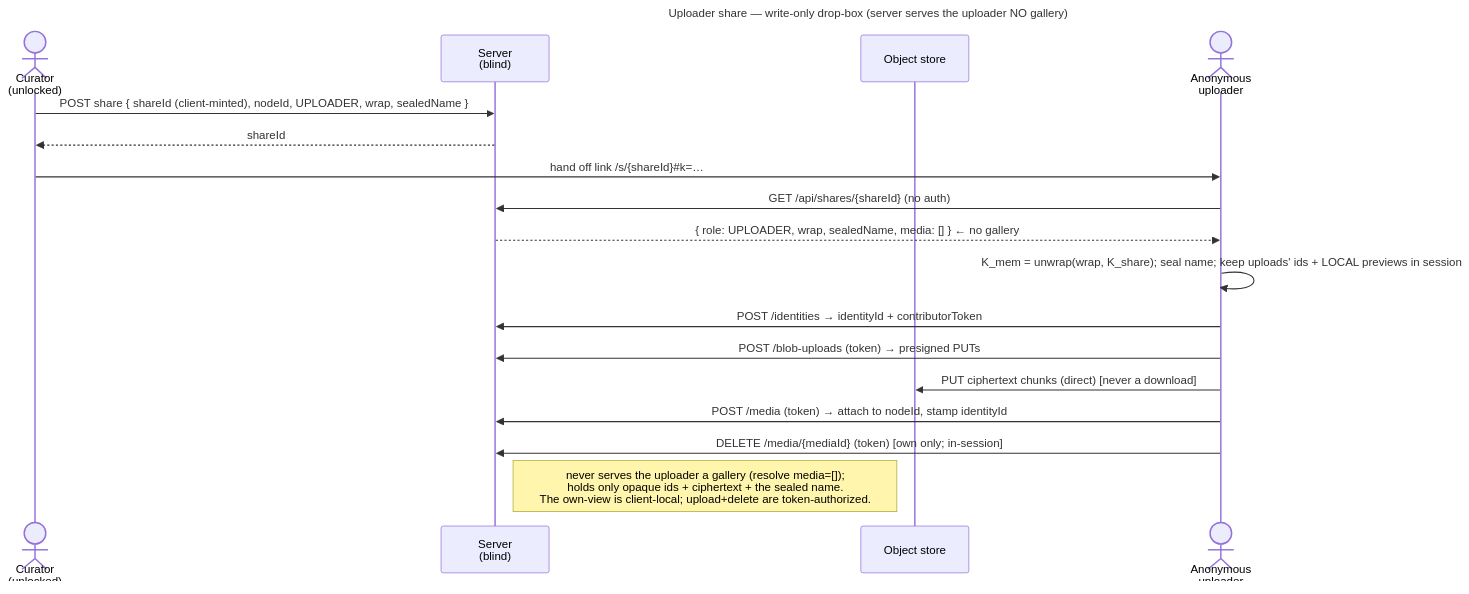
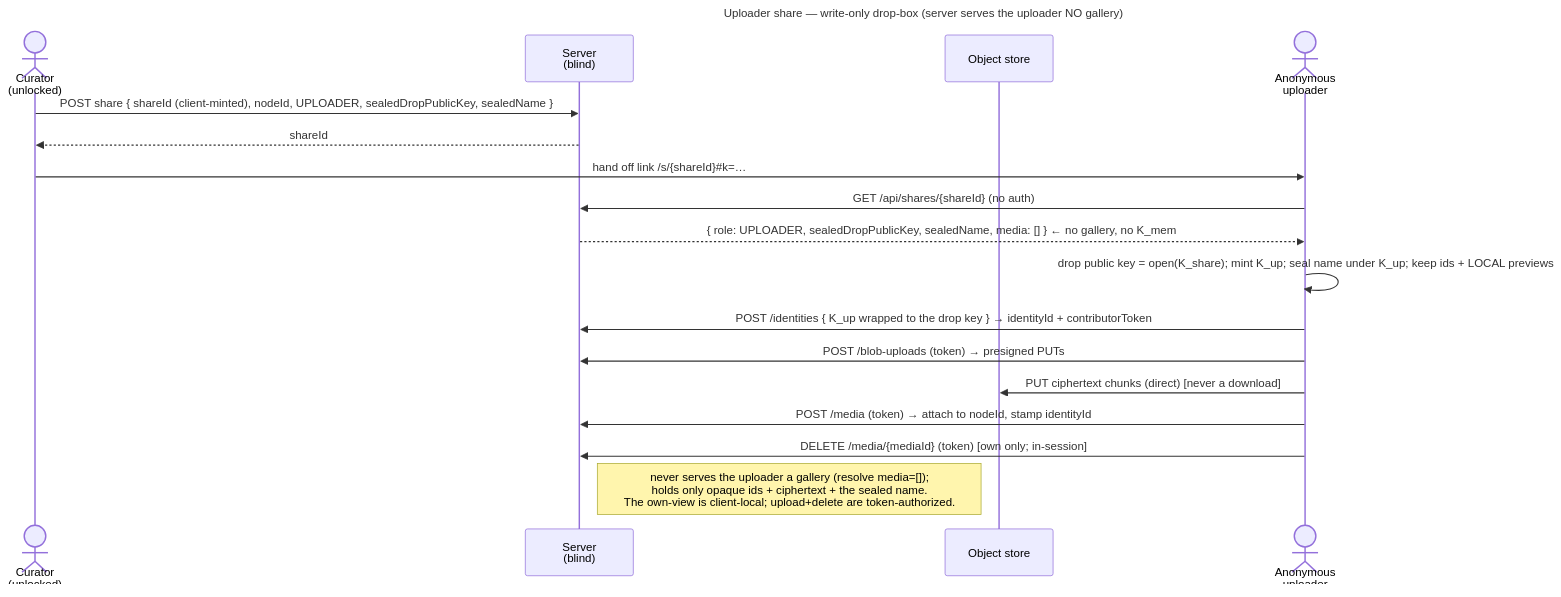
Before and after one commit to raddatzk/veyq: the diagram in docs/features/sharing/use-cases/uc.sharing.share-uploader.md, drawn with Mermaid. The commit also changed other lines of this file and 9 other files, not shown here.

First line of the commit message:
docs: the uploader never holds K_mem — inbox #161 (d) done, CR closed

````diff
--- a/docs/features/sharing/use-cases/uc.sharing.share-uploader.md
+++ b/docs/features/sharing/use-cases/uc.sharing.share-uploader.md
@@ -43,22 +48,22 @@
 ```mermaid
 ---
 title: Uploader share — write-only drop-box (server serves the uploader NO gallery)
 ---
 sequenceDiagram
   actor C as Curator<br>(unlocked)
   participant S as Server<br>(blind)
   participant O as Object store
   actor V as Anonymous<br>uploader
-  C->>S: POST share { shareId (client-minted), nodeId, UPLOADER, wrap, sealedName }
+  C->>S: POST share { shareId (client-minted), nodeId, UPLOADER, sealedDropPublicKey, sealedName }
   S-->>C: shareId
   C->>V: hand off link /s/{shareId}#35;k=…
   V->>S: GET /api/shares/{shareId}   (no auth)
-  S-->>V: { role: UPLOADER, wrap, sealedName, media: [] }   ← no gallery
-  V->>V: K_mem = unwrap(wrap, K_share)#59; seal name#59; keep uploads' ids + LOCAL previews in session
-  V->>S: POST /identities → identityId + contributorToken
+  S-->>V: { role: UPLOADER, sealedDropPublicKey, sealedName, media: [] }   ← no gallery, no K_mem
+  V->>V: drop public key = open(K_share)#59; mint K_up#59; seal name under K_up#59; keep ids + LOCAL previews
+  V->>S: POST /identities { K_up wrapped to the drop key } → identityId + contributorToken
   V->>S: POST /blob-uploads (token) → presigned PUTs
   V->>O: PUT ciphertext chunks (direct)   [never a download]
   V->>S: POST /media (token) → attach to nodeId, stamp identityId
   V->>S: DELETE /media/{mediaId} (token)   [own only#59; in-session]
   Note right of S: never serves the uploader a gallery (resolve media=[])#59;<br>holds only opaque ids + ciphertext + the sealed name.<br>The own-view is client-local#59; upload+delete are token-authorized.
 ```
````
